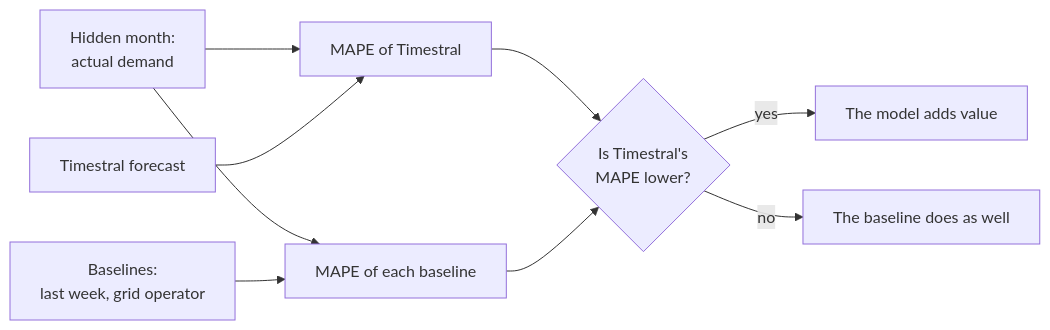
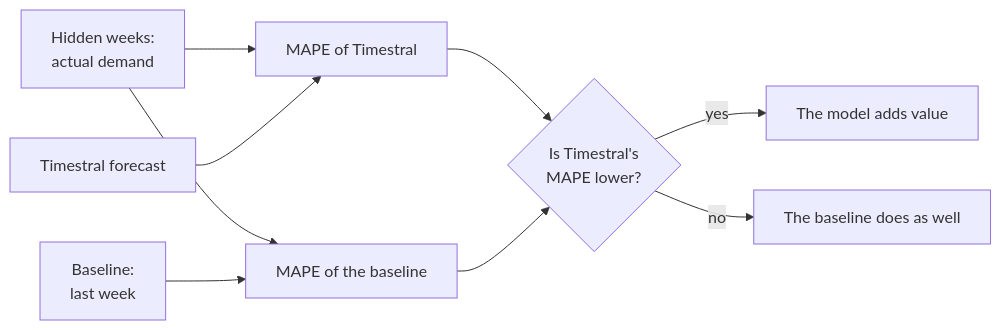
One commit to mourjo/zero-shot-forecasting changed the tenth of 11 diagrams in docs/01-concepts.md. Above: the diagram before and after it, drawn with Mermaid. The commit also changed other lines of this file and 29 other files, not shown here.

````diff
--- a/docs/01-concepts.md
+++ b/docs/01-concepts.md
@@ -463,11 +467,11 @@
 ```mermaid
 flowchart LR
-    H["Hidden month:<br/>actual demand"] --> E1["MAPE of Timestral"]
+    H["Hidden weeks:<br/>actual demand"] --> E1["MAPE of Timestral"]
     F["Timestral forecast"] --> E1
-    H --> E2["MAPE of each baseline"]
-    B["Baselines:<br/>last week, grid operator"] --> E2
+    H --> E2["MAPE of the baseline"]
+    B["Baseline:<br/>last week"] --> E2
     E1 --> C{"Is Timestral's<br/>MAPE lower?"}
     E2 --> C
     C -- "yes" --> Y["The model adds value"]
     C -- "no" --> N["The baseline does as well"]
 ```
````
